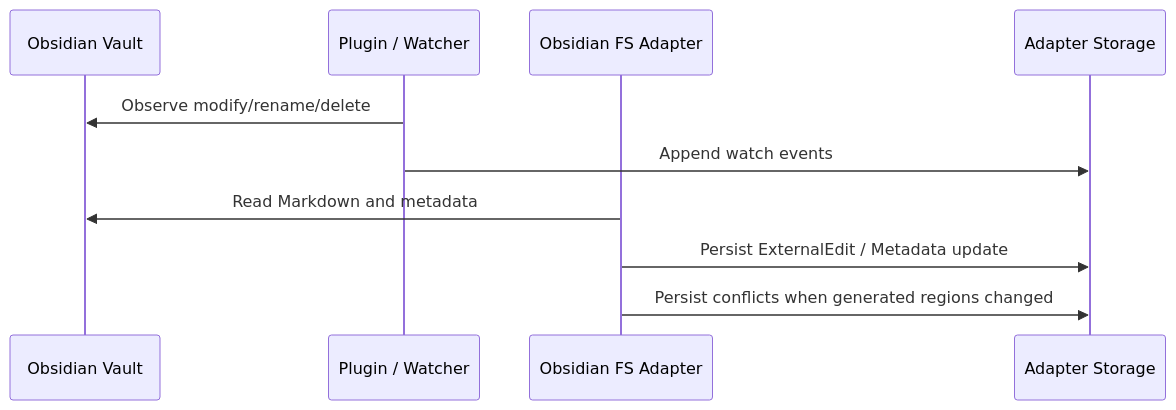
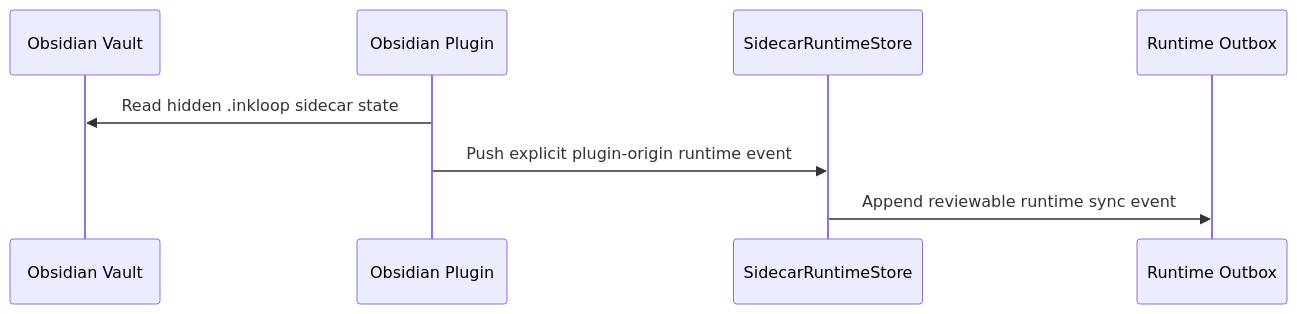
The fifth of 6 diagrams in docs/architecture.md (NoDeskAI/ink-surface-sdk), drawn with Mermaid before and after one commit. The commit also changed other lines of this file and 547 other files, not shown here.

First line of the commit message:
feat: land InkLoop V1 runtime sync loop

````diff
--- a/docs/architecture.md
+++ b/docs/architecture.md
@@ -401,13 +494,11 @@
 ```mermaid
 sequenceDiagram
   participant Vault as Obsidian Vault
-  participant Watcher as Plugin / Watcher
-  participant Adapter as Obsidian FS Adapter
-  participant Store as Adapter Storage
+  participant Plugin as Obsidian Plugin
+  participant Runtime as SidecarRuntimeStore
+  participant Outbox as Runtime Outbox
 
-  Watcher->>Vault: Observe modify/rename/delete
-  Watcher->>Store: Append watch events
-  Adapter->>Vault: Read Markdown and metadata
-  Adapter->>Store: Persist ExternalEdit / Metadata update
-  Adapter->>Store: Persist conflicts when generated regions changed
+  Plugin->>Vault: Read hidden .inkloop sidecar state
+  Plugin->>Runtime: Push explicit plugin-origin runtime event
+  Runtime->>Outbox: Append reviewable runtime sync event
 ```
````
